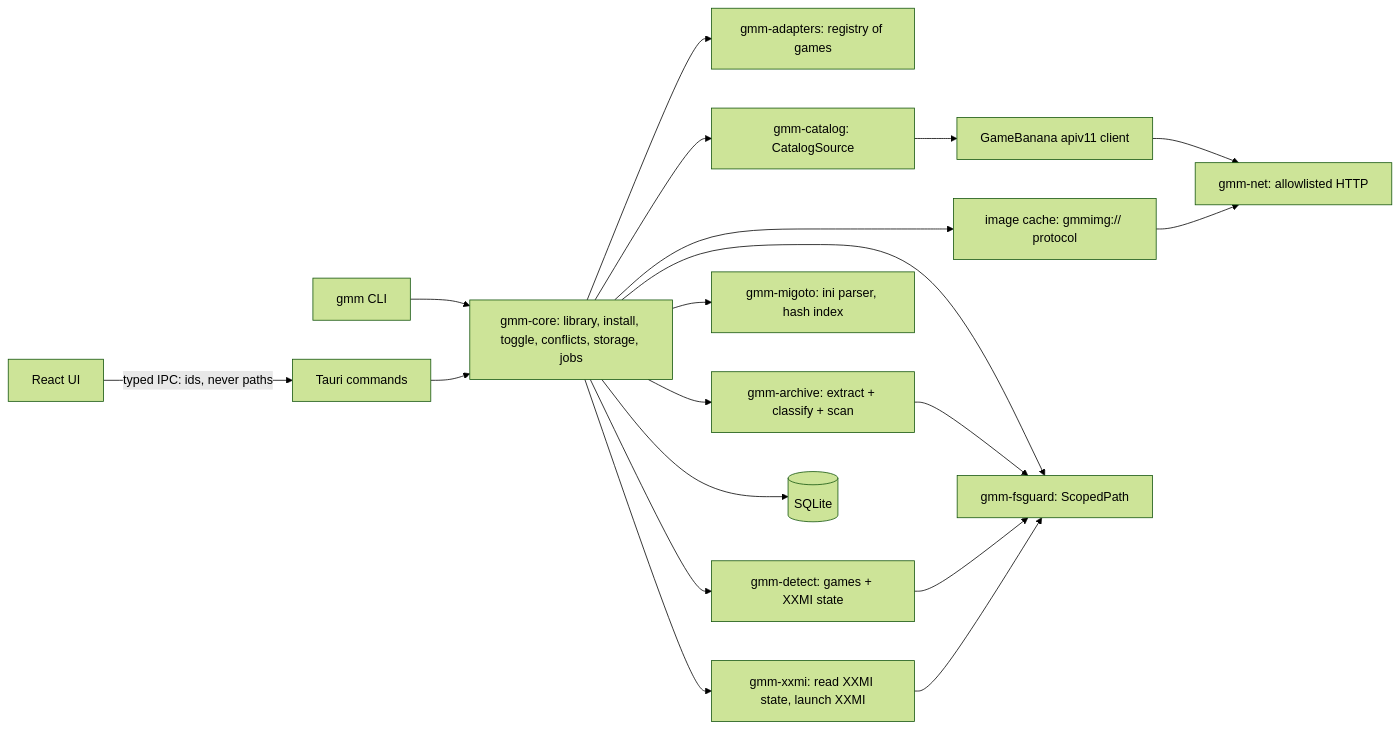
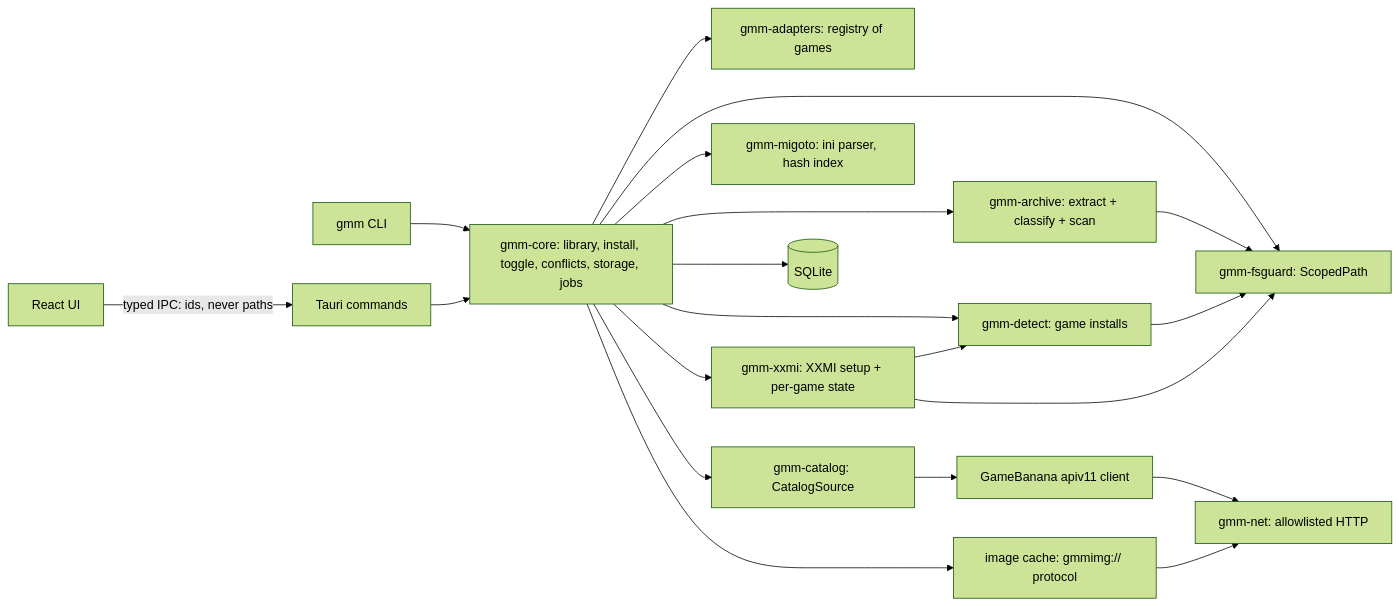
One commit to clorece/gacha-mod-manager changed the diagram in docs/02-architecture.md. Above: the diagram before and after it, drawn with Mermaid (forest theme). The commit also changed other lines of this file and 30 other files, not shown here.

First line of the commit message:
feat(setup): add game + XXMI detection and the setup check (Phase 0b)

````diff
--- a/docs/02-architecture.md
+++ b/docs/02-architecture.md
@@ -31,17 +31,18 @@
 ```mermaid
 flowchart LR
   UI[React UI] -- typed IPC: ids, never paths --> CMD[Tauri commands]
   CLI[gmm CLI] --> CORE
   CMD --> CORE[gmm-core: library, install, toggle, conflicts, storage, jobs]
   CORE --> REG[gmm-adapters: registry of games]
-  CORE --> DET[gmm-detect: games + XXMI state]
+  CORE --> DET[gmm-detect: game installs]
   CORE --> CAT[gmm-catalog: CatalogSource]
   CAT --> GB[GameBanana apiv11 client]
   CORE --> ARC[gmm-archive: extract + classify + scan]
   CORE --> MIG[gmm-migoto: ini parser, hash index]
-  CORE --> XX[gmm-xxmi: read XXMI state, launch XXMI]
+  CORE --> XX[gmm-xxmi: XXMI setup + per-game state]
+  XX --> DET
   CORE --> IMG[image cache: gmmimg:// protocol]
   GB & IMG --> NET[gmm-net: allowlisted HTTP]
   CORE & ARC & DET & XX --> FS[gmm-fsguard: ScopedPath]
   CORE --> DB[(SQLite)]
 ```
````
